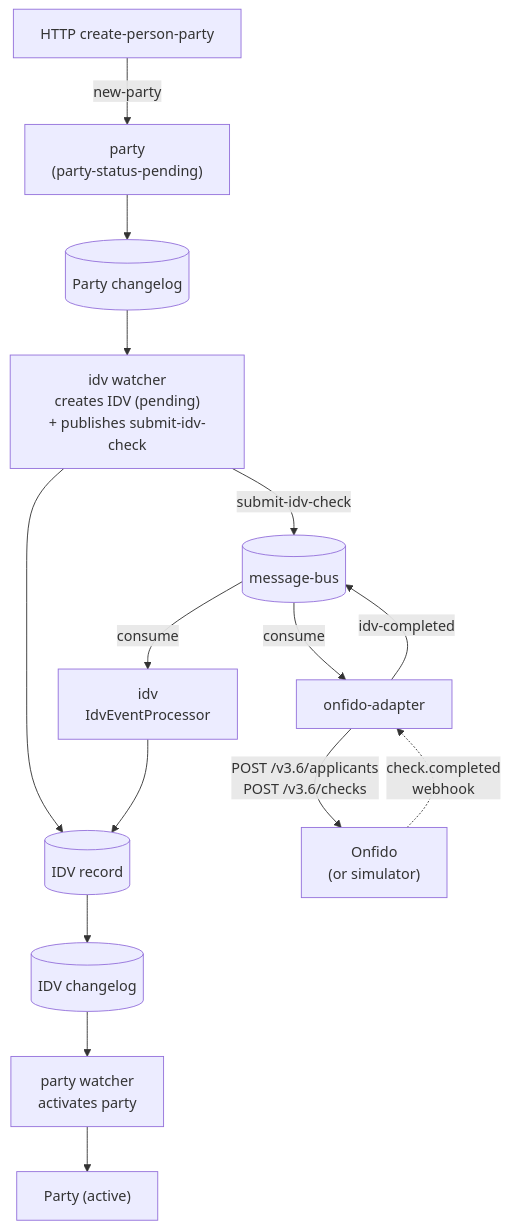
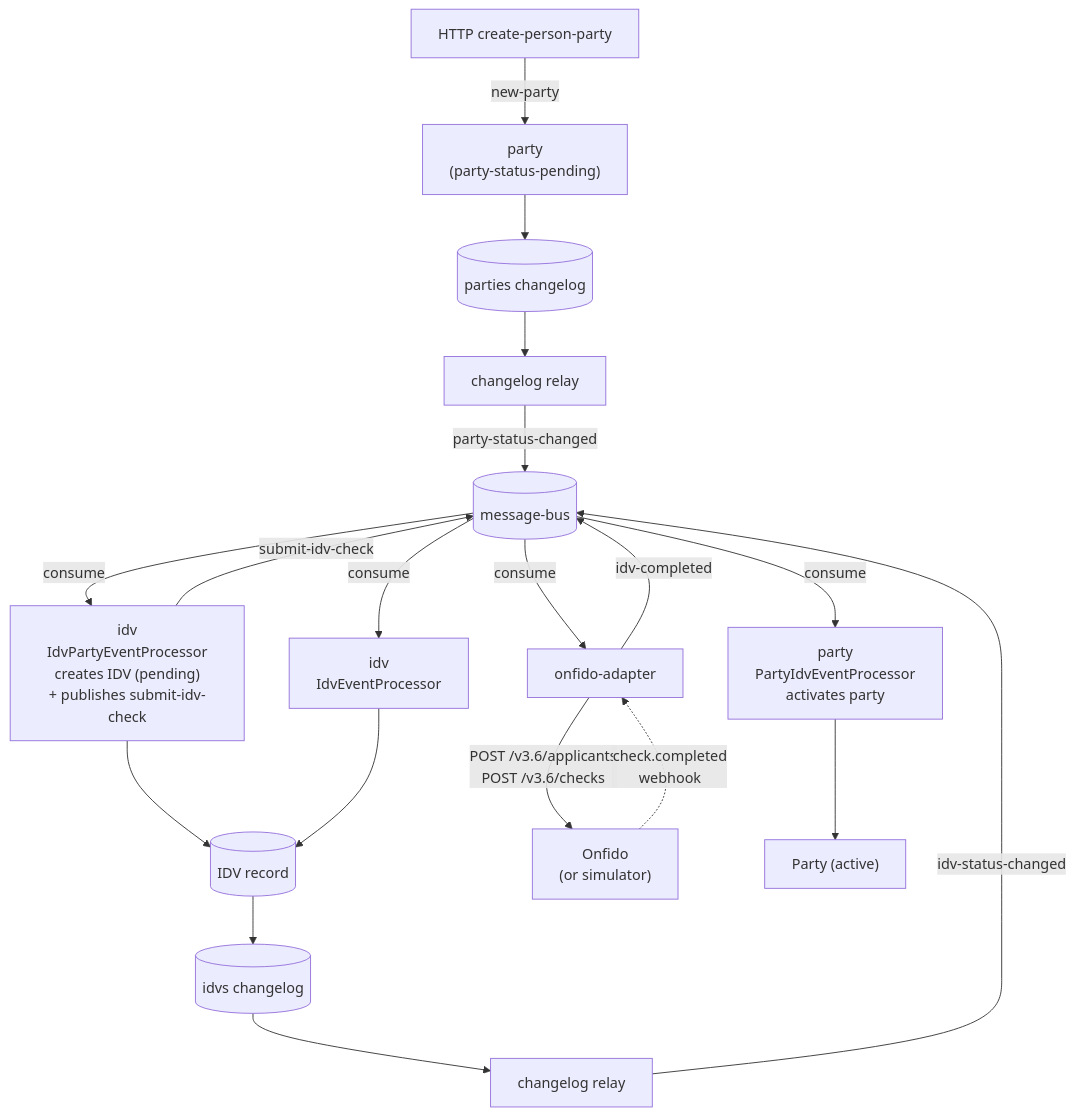
One commit to kjothen/queenswood changed the first of 2 diagrams in docs/tdd/parties.md. Above: the diagram before and after it, drawn with Mermaid. The commit also changed other lines of this file and 20 other files, not shown here.

````diff
--- a/docs/tdd/parties.md
+++ b/docs/tdd/parties.md
@@ -106,30 +111,36 @@
 ```mermaid
 graph TD
     HTTP[HTTP create-person-party]
     PARTY["party<br/>(party-status-pending)"]
-    PCH[("Party changelog")]
-    IDV1["idv watcher<br/>creates IDV (pending)<br/>+ publishes submit-idv-check"]
+    PCH[("parties changelog")]
+    RELAY1["changelog relay"]
+    BUS[("message-bus")]
+    IDV1["idv<br/>IdvPartyEventProcessor<br/>creates IDV (pending)<br/>+ publishes submit-idv-check"]
     IDV[("IDV record")]
-    BUS[("message-bus")]
     ADAPTER["onfido-adapter"]
     ONFIDO["Onfido<br/>(or simulator)"]
     EP["idv<br/>IdvEventProcessor"]
-    ICH[("IDV changelog")]
-    PARTY3["party watcher<br/>activates party"]
+    ICH[("idvs changelog")]
+    RELAY2["changelog relay"]
+    PARTY3["party<br/>PartyIdvEventProcessor<br/>activates party"]
     PARTY4["Party (active)"]
 
     HTTP -->|new-party| PARTY
     PARTY --> PCH
-    PCH --> IDV1
+    PCH --> RELAY1
+    RELAY1 -->|party-status-changed| BUS
+    BUS -->|consume| IDV1
     IDV1 --> IDV
     IDV1 -->|submit-idv-check| BUS
     BUS -->|consume| ADAPTER
     ADAPTER -->|POST /v3.6/applicants<br/>POST /v3.6/checks| ONFIDO
     ONFIDO -.->|check.completed<br/>webhook| ADAPTER
     ADAPTER -->|idv-completed| BUS
     BUS -->|consume| EP
     EP --> IDV
     IDV --> ICH
-    ICH --> PARTY3
+    ICH --> RELAY2
+    RELAY2 -->|idv-status-changed| BUS
+    BUS -->|consume| PARTY3
     PARTY3 --> PARTY4
 ```
````
